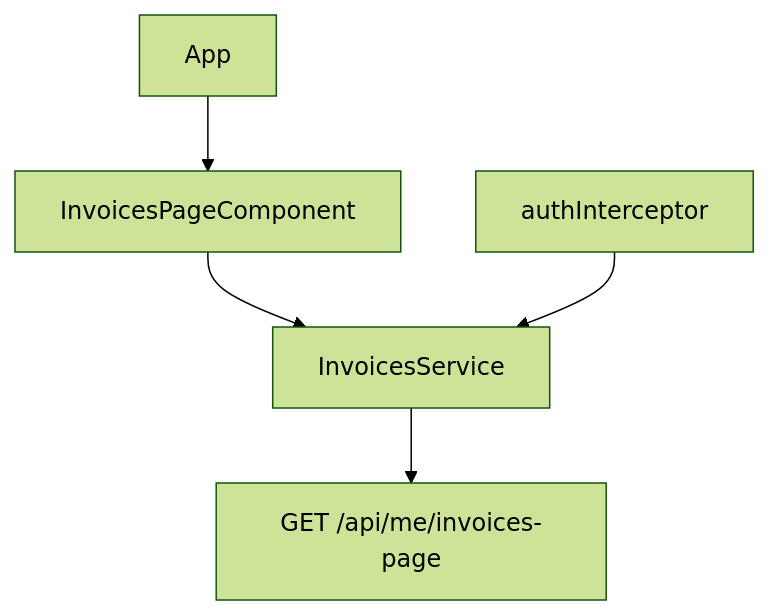
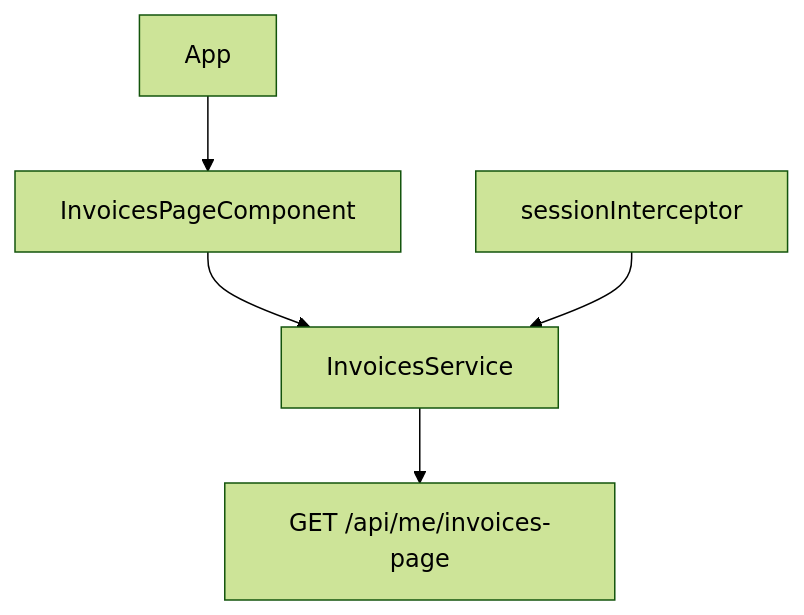
Before and after one commit to SDS37/CMS-Example: the diagram in docs/frontend-code-standards.md, drawn with Mermaid (forest theme). The commit also changed other lines of this file and 19 other files, not shown here.

First line of the commit message:
feat(auth): keep OAuth tokens in the BFF session

````diff
--- a/docs/frontend-code-standards.md
+++ b/docs/frontend-code-standards.md
@@ -15,7 +15,7 @@
 ```mermaid
 flowchart TD
     app[App] --> page[InvoicesPageComponent]
     page --> service[InvoicesService]
-    interceptor[authInterceptor] --> service
+    interceptor[sessionInterceptor] --> service
     service --> api["GET /api/me/invoices-page"]
 ```
````
